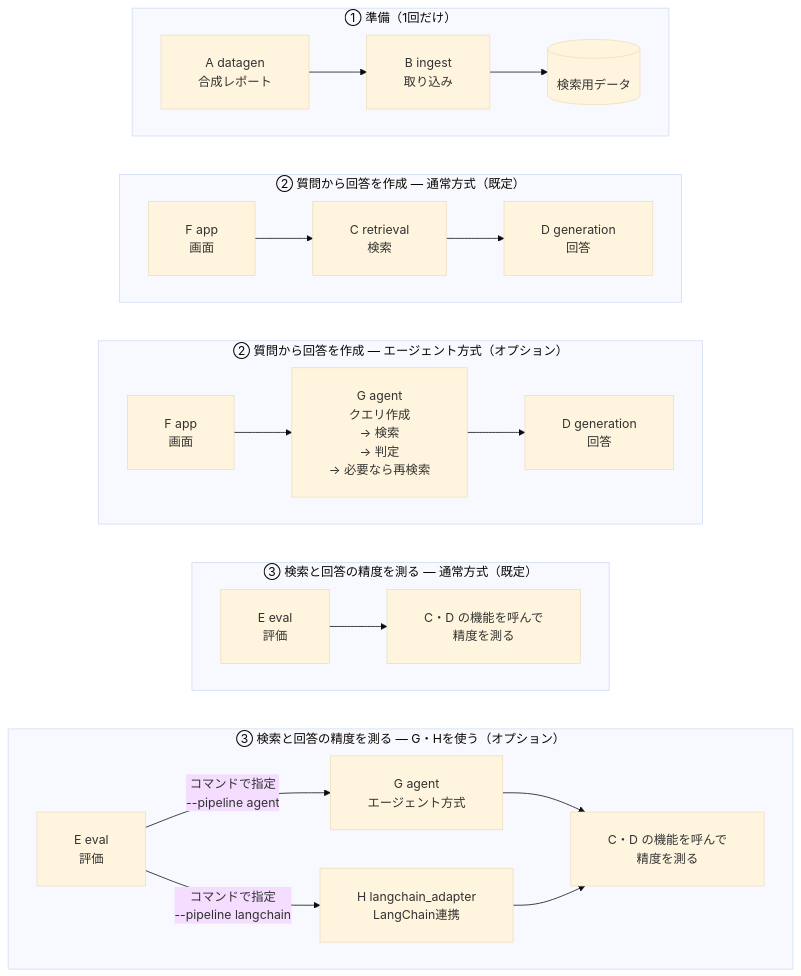
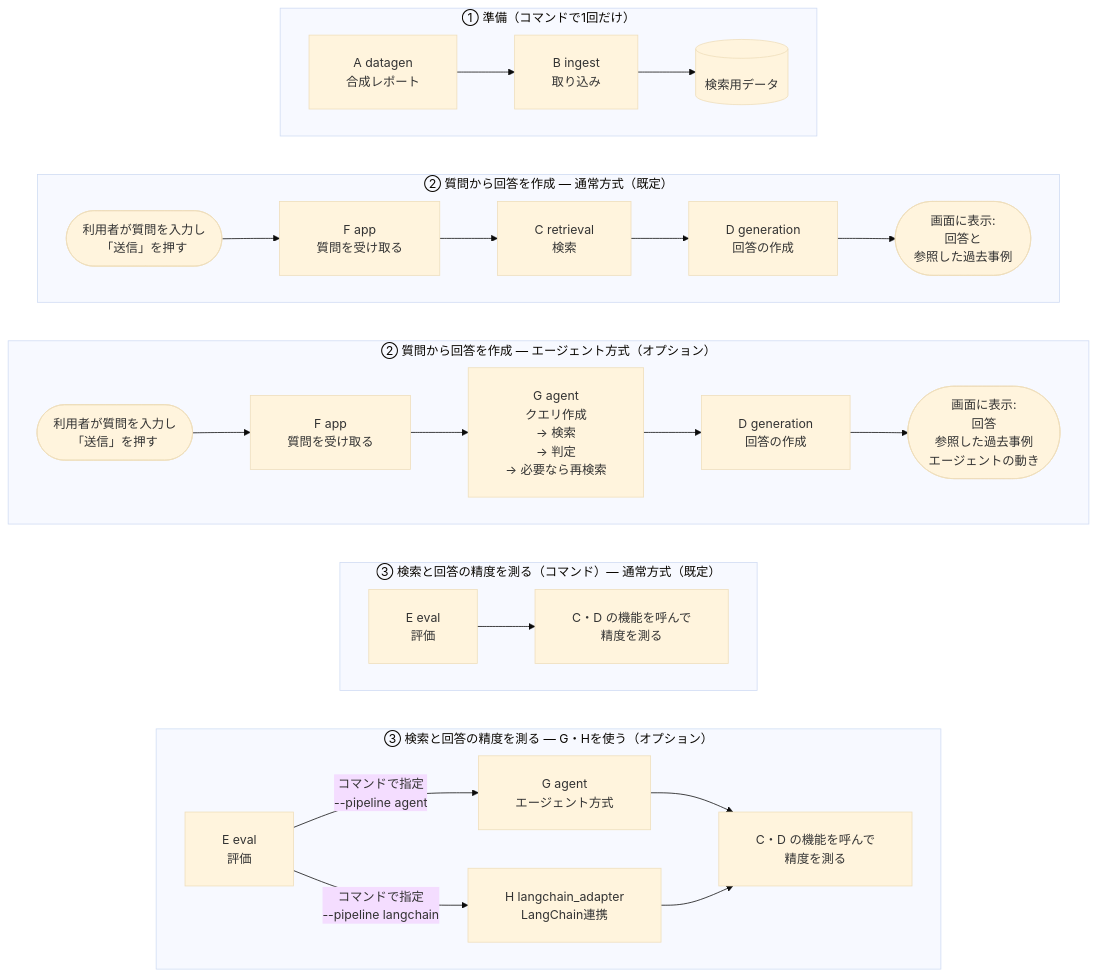
The first of 3 diagrams in README_ja.md (satoshi-abe-dev/silo-rag), drawn with Mermaid (base theme) before and after one commit. The commit also changed other lines of this file and 1 other file, not shown here.

Commit message:
Map the answer diagram to what the user does on screen
The diagram showed only nodes, so it was not clear which screen action
starts it or what appears at the end. Box 2 now starts at 'the user types
a question and presses Send' and ends at what is shown on screen (the
answer, the cited past cases, and in agent mode the agent's actions).
Boxes 1 and 3 say they are run as commands.

````diff
--- a/README_ja.md
+++ b/README_ja.md
@@ -136,29 +136,29 @@
 ```mermaid
 %%{init: {"flowchart": {"padding": 24, "wrappingWidth": 400}}}%%
 graph TB
-    subgraph prep["① 準備（1回だけ）"]
+    subgraph prep["① 準備（コマンドで1回だけ）"]
         direction LR
         A["A datagen<br/>合成レポート"] --> B["B ingest<br/>取り込み"] --> DB[("検索用データ")]
     end
     subgraph plain["② 質問から回答を作成 ― 通常方式（既定）"]
         direction LR
-        F1["F app<br/>画面"] --> C1["C retrieval<br/>検索"] --> D1["D generation<br/>回答"]
+        U1(["利用者が質問を入力し<br/>「送信」を押す"]) --> F1["F app<br/>質問を受け取る"] --> C1["C retrieval<br/>検索"] --> D1["D generation<br/>回答の作成"] --> R1(["画面に表示:<br/>回答と<br/>参照した過去事例"])
     end
     subgraph agent["② 質問から回答を作成 ― エージェント方式（オプション）"]
         direction LR
-        F2["F app<br/>画面"] --> G["G agent<br/>クエリ作成<br/>→ 検索<br/>→ 判定<br/>→ 必要なら再検索"] --> D2["D generation<br/>回答"]
+        U2(["利用者が質問を入力し<br/>「送信」を押す"]) --> F2["F app<br/>質問を受け取る"] --> G["G agent<br/>クエリ作成<br/>→ 検索<br/>→ 判定<br/>→ 必要なら再検索"] --> D2["D generation<br/>回答の作成"] --> R2(["画面に表示:<br/>回答<br/>参照した過去事例<br/>エージェントの動き"])
     end
-    subgraph ev["③ 検索と回答の精度を測る ― 通常方式（既定）"]
+    subgraph ev["③ 検索と回答の精度を測る（コマンド）― 通常方式（既定）"]
         direction LR
         E1["E eval<br/>評価"] --> CD1["C・D の機能を呼んで<br/>精度を測る"]
     end
     subgraph ev2["③ 検索と回答の精度を測る ― G・Hを使う（オプション）"]
         direction LR
         E2["E eval<br/>評価"] -->|"コマンドで指定<br/>--pipeline agent"| G2["G agent<br/>エージェント方式"] --> CD2["C・D の機能を呼んで<br/>精度を測る"]
         E2 -->|"コマンドで指定<br/>--pipeline langchain"| H["H langchain_adapter<br/>LangChain連携"] --> CD2
     end
     prep ~~~ plain
     plain ~~~ agent
     agent ~~~ ev
     ev ~~~ ev2
 ```
````
